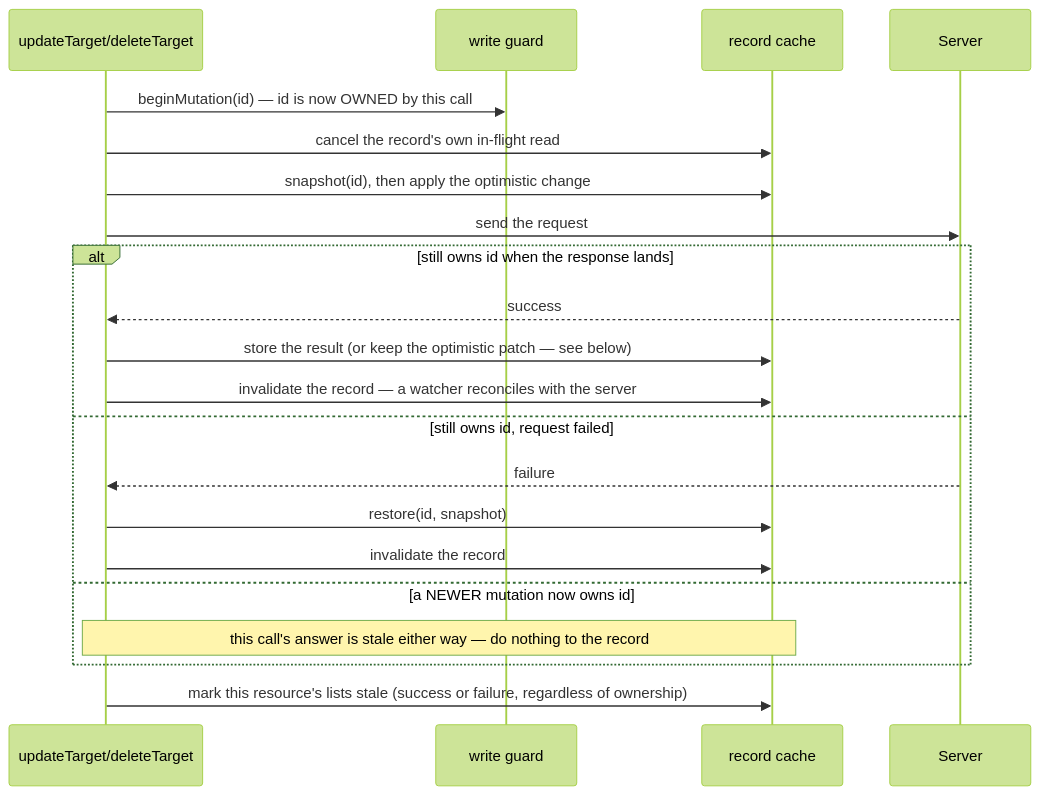
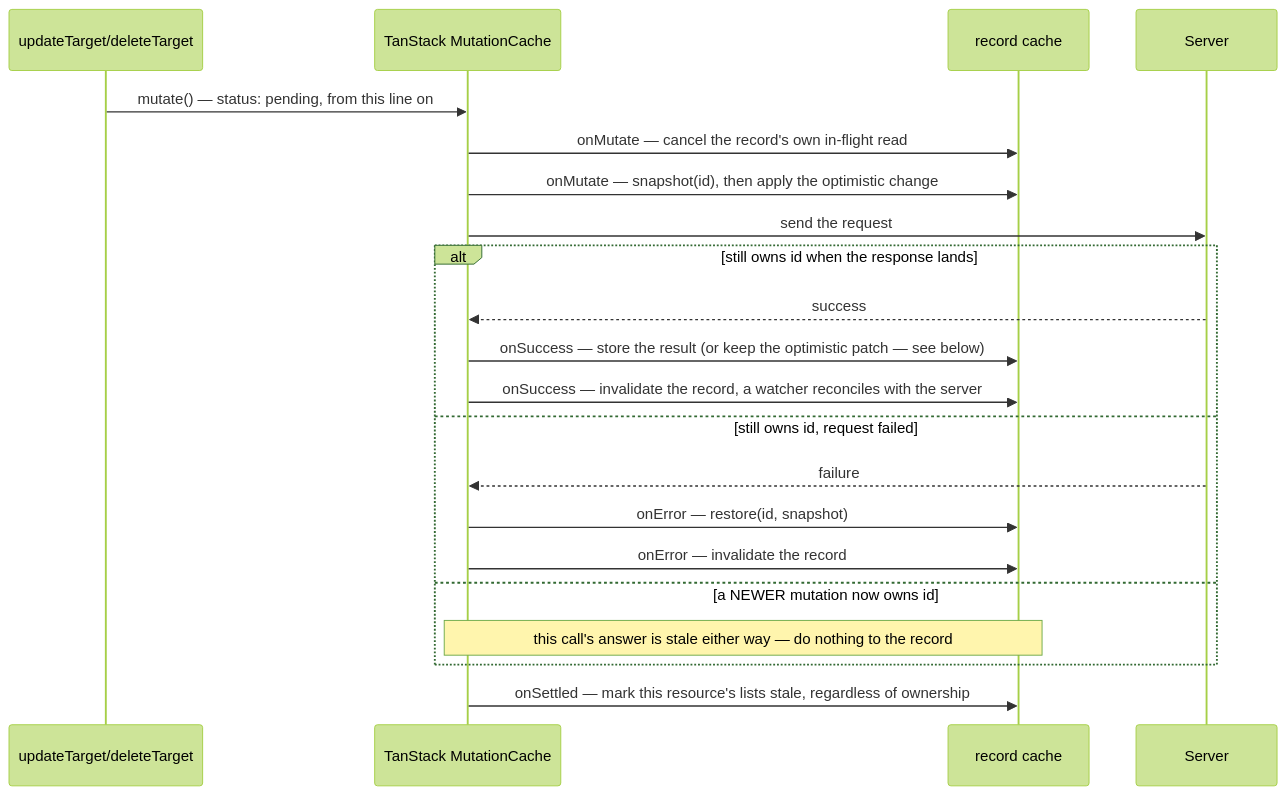
Before and after one commit to Guebbit/vue-toolkit: the third of 4 diagrams in docs/composables/structure-rest-api.md, drawn with Mermaid (forest theme). The commit also changed other lines of this file and 71 other files, not shown here.

First line of the commit message:
fix: resolve the 5.0 architectural findings (A1-A12)

````diff
--- a/docs/composables/structure-rest-api.md
+++ b/docs/composables/structure-rest-api.md
@@ -352,23 +378,23 @@
   ```mermaid
   sequenceDiagram
       participant Call as updateTarget/deleteTarget
-      participant Guard as write guard
+      participant TQ as TanStack MutationCache
       participant Cache as record cache
       participant Server
-      Call->>Guard: beginMutation(id) — id is now OWNED by this call
-      Call->>Cache: cancel the record's own in-flight read
-      Call->>Cache: snapshot(id), then apply the optimistic change
-      Call->>Server: send the request
+      Call->>TQ: mutate() — status: pending, from this line on
+      TQ->>Cache: onMutate — cancel the record's own in-flight read
+      TQ->>Cache: onMutate — snapshot(id), then apply the optimistic change
+      TQ->>Server: send the request
       alt still owns id when the response lands
-          Server-->>Call: success
-          Call->>Cache: store the result (or keep the optimistic patch — see below)
-          Call->>Cache: invalidate the record — a watcher reconciles with the server
+          Server-->>TQ: success
+          TQ->>Cache: onSuccess — store the result (or keep the optimistic patch — see below)
+          TQ->>Cache: onSuccess — invalidate the record, a watcher reconciles with the server
       else still owns id, request failed
-          Server-->>Call: failure
-          Call->>Cache: restore(id, snapshot)
-          Call->>Cache: invalidate the record
+          Server-->>TQ: failure
+          TQ->>Cache: onError — restore(id, snapshot)
+          TQ->>Cache: onError — invalidate the record
       else a NEWER mutation now owns id
-          Note over Call,Cache: this call's answer is stale either way — do nothing to the record
+          Note over TQ,Cache: this call's answer is stale either way — do nothing to the record
       end
-      Call->>Cache: mark this resource's lists stale (success or failure, regardless of ownership)
+      TQ->>Cache: onSettled — mark this resource's lists stale, regardless of ownership
   ```
````
